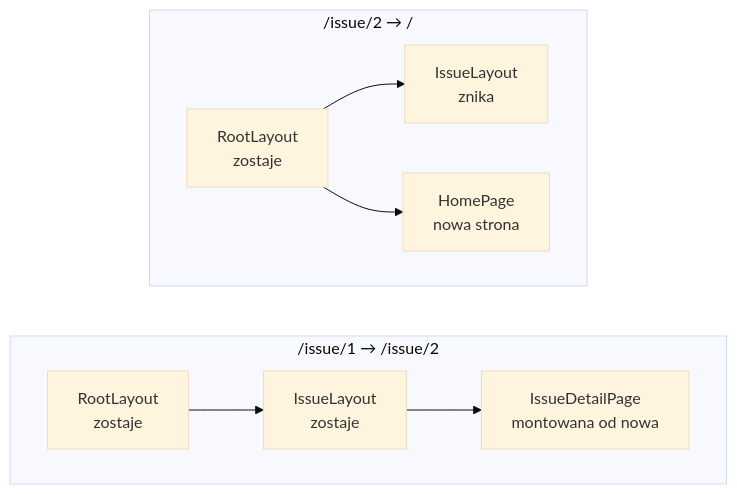
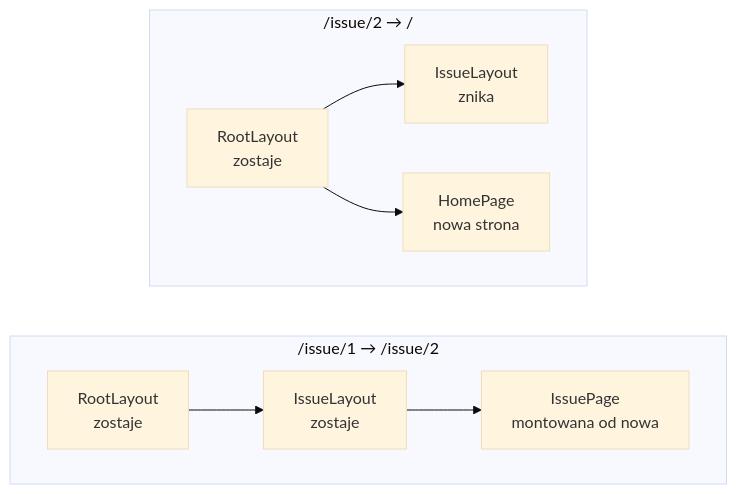
One commit to mmiotk/frontend-development-ug changed the diagram in lecture03/slides/slide_02_layouty.md. Above: the diagram before and after it, drawn with Mermaid (base theme). The commit also changed other lines of this file and 48 other files, not shown here.

````diff
--- a/lecture03/slides/slide_02_layouty.md
+++ b/lecture03/slides/slide_02_layouty.md
@@ -83,13 +70,13 @@
 ```mermaid
 %%{init: {"flowchart": {"wrappingWidth": 360}}}%%
 flowchart LR
     subgraph K1["/issue/1 → /issue/2"]
         direction LR
-        A1["RootLayout<br/>zostaje"] --> B1["IssueLayout<br/>zostaje"] --> C1["IssueDetailPage<br/>montowana od nowa"]
+        A1["RootLayout<br/>zostaje"] --> B1["IssueLayout<br/>zostaje"] --> C1["IssuePage<br/>montowana od nowa"]
     end
     subgraph K2["/issue/2 → /"]
         direction LR
         A2["RootLayout<br/>zostaje"] --> B2["IssueLayout<br/>znika"]
         A2 --> C2["HomePage<br/>nowa strona"]
     end
 ```
````
